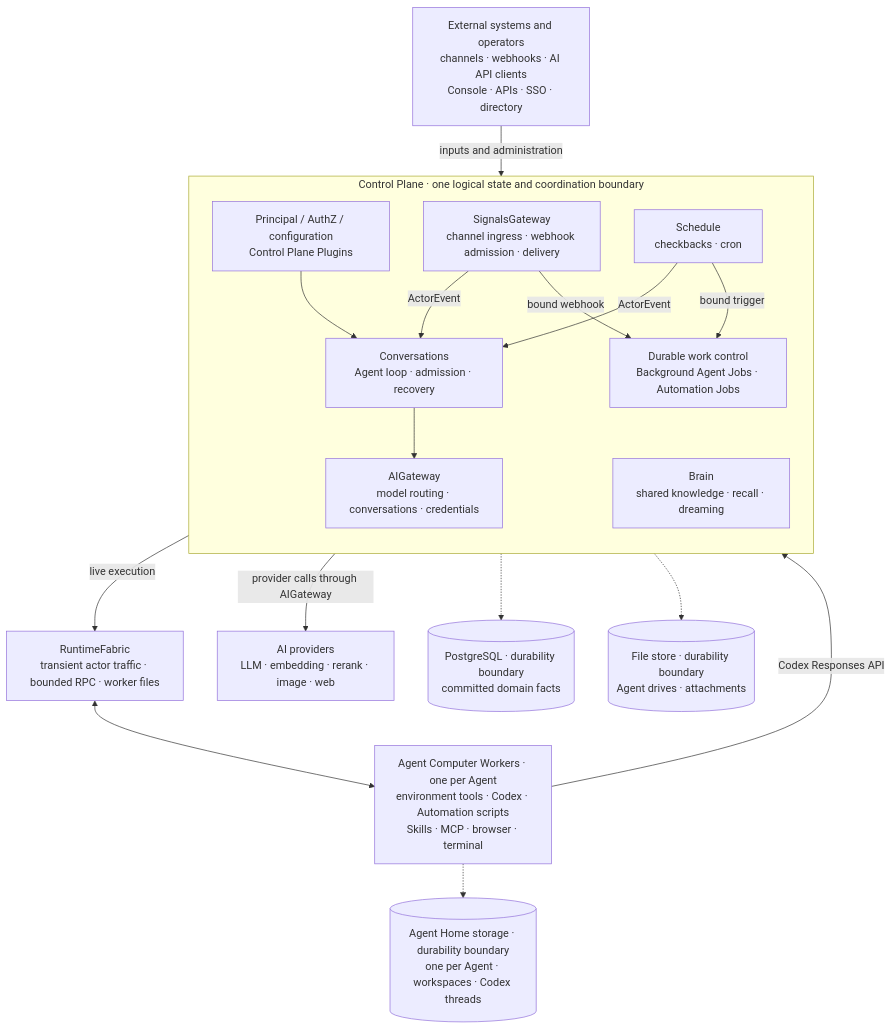
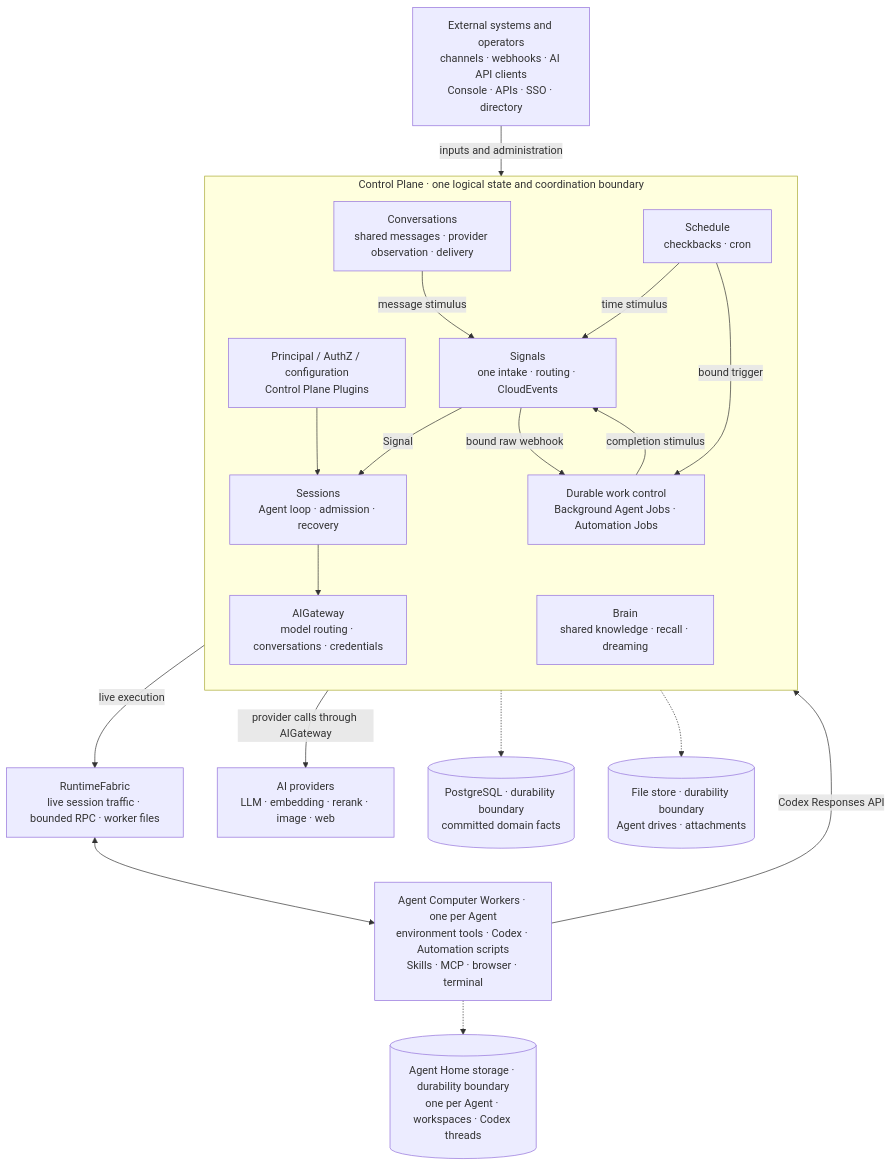
One commit to AgentBull/ankole changed the diagram in README.md. Above: the diagram before and after it, drawn with Mermaid. The commit also changed other lines of this file and 1528 other files, not shown here.

Commit message:
2.0.0-alpha.5: unify conversations, signals, sessions and Workplace

````diff
--- a/README.md
+++ b/README.md
@@ -159,38 +159,41 @@
 ```mermaid
 flowchart TB
   External["External systems and operators<br/>channels · webhooks · AI API clients<br/>Console · APIs · SSO · directory"]
 
   subgraph Control["Control Plane · one logical state and coordination boundary"]
     direction TB
     Platform["Principal / AuthZ / configuration<br/>Control Plane Plugins"]
-    SG["SignalsGateway<br/>channel ingress · webhook admission · delivery"]
+    Convo["Conversations<br/>shared messages · provider observation · delivery"]
+    Signals["Signals<br/>one intake · routing · CloudEvents"]
     Schedule["Schedule<br/>checkbacks · cron"]
-    Runtime["Conversations<br/>Agent loop · admission · recovery"]
+    Runtime["Sessions<br/>Agent loop · admission · recovery"]
     Jobs["Durable work control<br/>Background Agent Jobs · Automation Jobs"]
     Brain["Brain<br/>shared knowledge · recall · dreaming"]
     AI["AIGateway<br/>model routing · conversations · credentials"]
   end
 
-  Fabric["RuntimeFabric<br/>transient actor traffic · bounded RPC · worker files"]
+  Fabric["RuntimeFabric<br/>live session traffic · bounded RPC · worker files"]
   Workers["Agent Computer Workers · one per Agent<br/>environment tools · Codex · Automation scripts<br/>Skills · MCP · browser · terminal"]
   Providers["AI providers<br/>LLM · embedding · rerank · image · web"]
 
   PG[("PostgreSQL · durability boundary<br/>committed domain facts")]
   Files[("File store · durability boundary<br/>Agent drives · attachments")]
   Homes[("Agent Home storage · durability boundary<br/>one per Agent · workspaces · Codex threads")]
 
   External -->|"inputs and administration"| Control
-  SG -->|"ActorEvent"| Runtime
-  Schedule -->|"ActorEvent"| Runtime
-  SG -->|"bound webhook"| Jobs
+  Convo -->|"message stimulus"| Signals
+  Schedule -->|"time stimulus"| Signals
+  Jobs -->|"completion stimulus"| Signals
+  Signals -->|"Signal"| Runtime
+  Signals -->|"bound raw webhook"| Jobs
   Schedule -->|"bound trigger"| Jobs
   Platform --> Runtime
   Runtime --> AI
   Control -->|"live execution"| Fabric
   Fabric <--> Workers
   Workers -->|"Codex Responses API"| AI
   Control -->|"provider calls through AIGateway"| Providers
   Control -.-> PG
   Control -.-> Files
   Workers -.-> Homes
 ```
````
